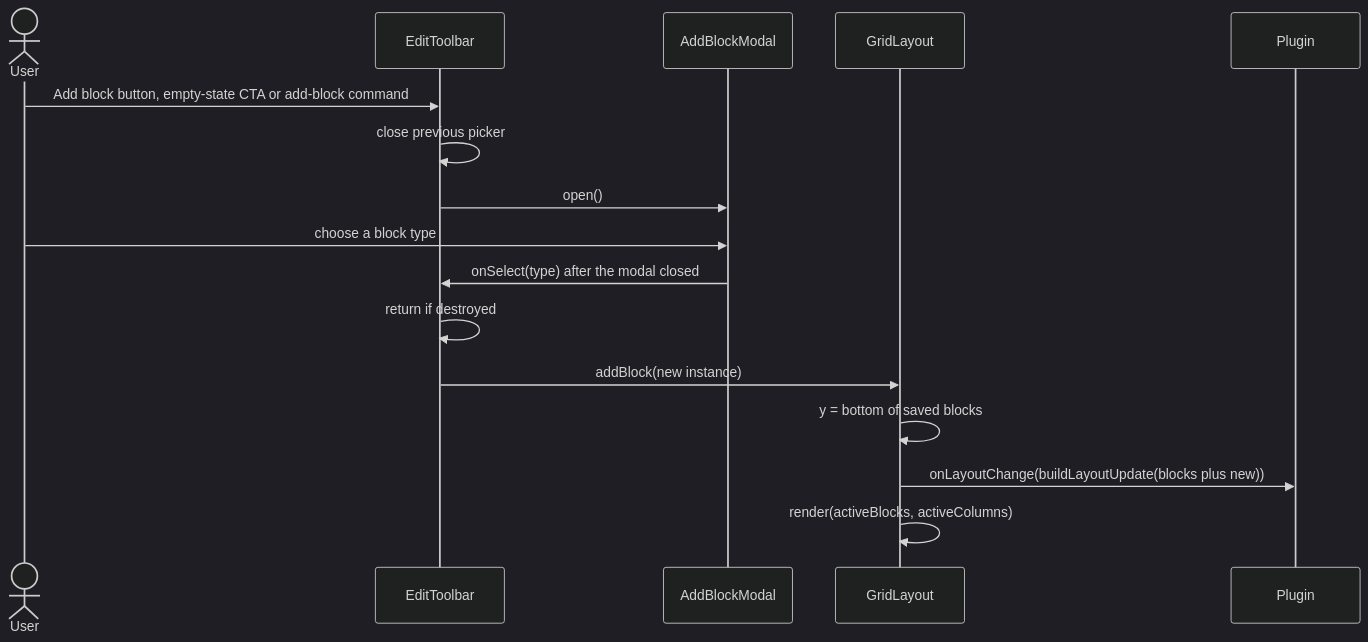
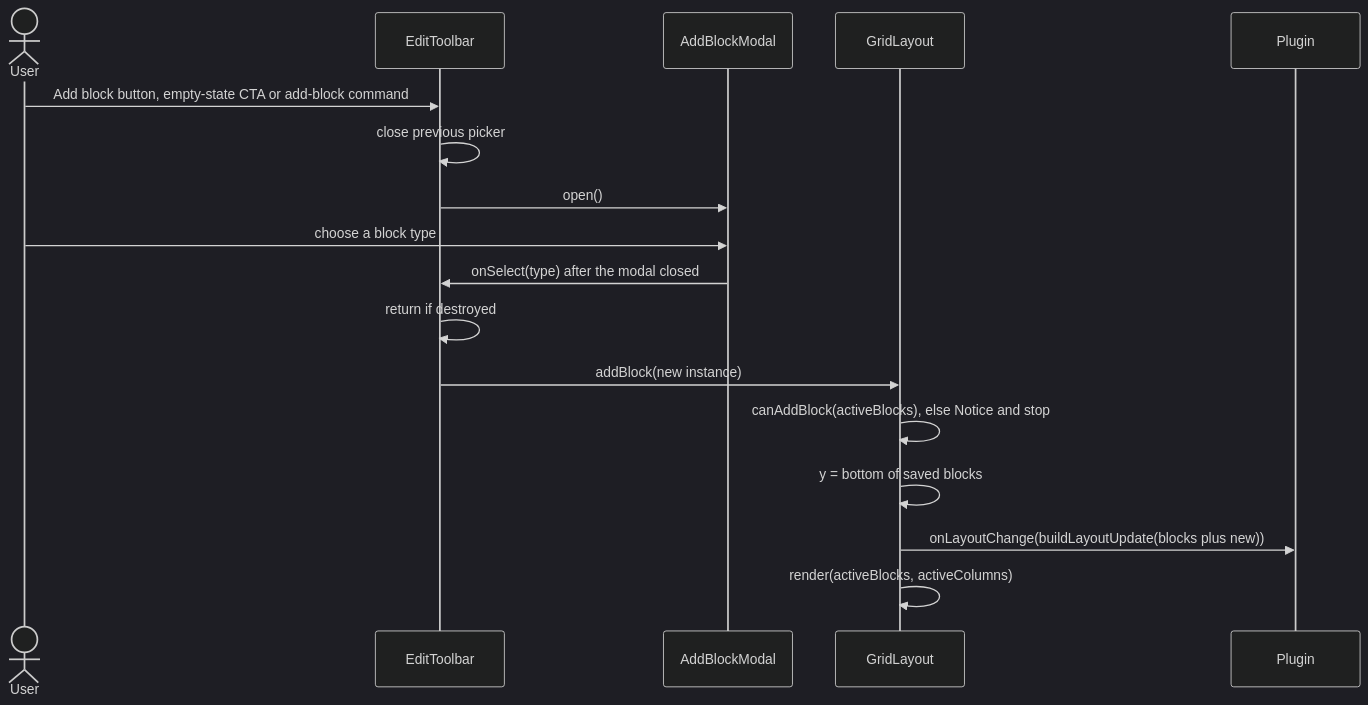
One commit to acaprino/obsidian-plugin-homepage changed the eighth of 15 diagrams in docs/flows.md. Above: the diagram before and after it, drawn with Mermaid (dark theme). The commit also changed other lines of this file and 11 other files, not shown here.

````diff
--- a/docs/flows.md
+++ b/docs/flows.md
@@ -488,18 +502,19 @@
 ```mermaid
 sequenceDiagram
   actor U as User
   participant T as EditToolbar
   participant M as AddBlockModal
   participant G as GridLayout
   participant P as Plugin
   U->>T: Add block button, empty-state CTA or add-block command
   T->>T: close previous picker
   T->>M: open()
   U->>M: choose a block type
   M->>T: onSelect(type) after the modal closed
   T->>T: return if destroyed
   T->>G: addBlock(new instance)
+  G->>G: canAddBlock(activeBlocks), else Notice and stop
   G->>G: y = bottom of saved blocks
   G->>P: onLayoutChange(buildLayoutUpdate(blocks plus new))
   G->>G: render(activeBlocks, activeColumns)
 ```
````
